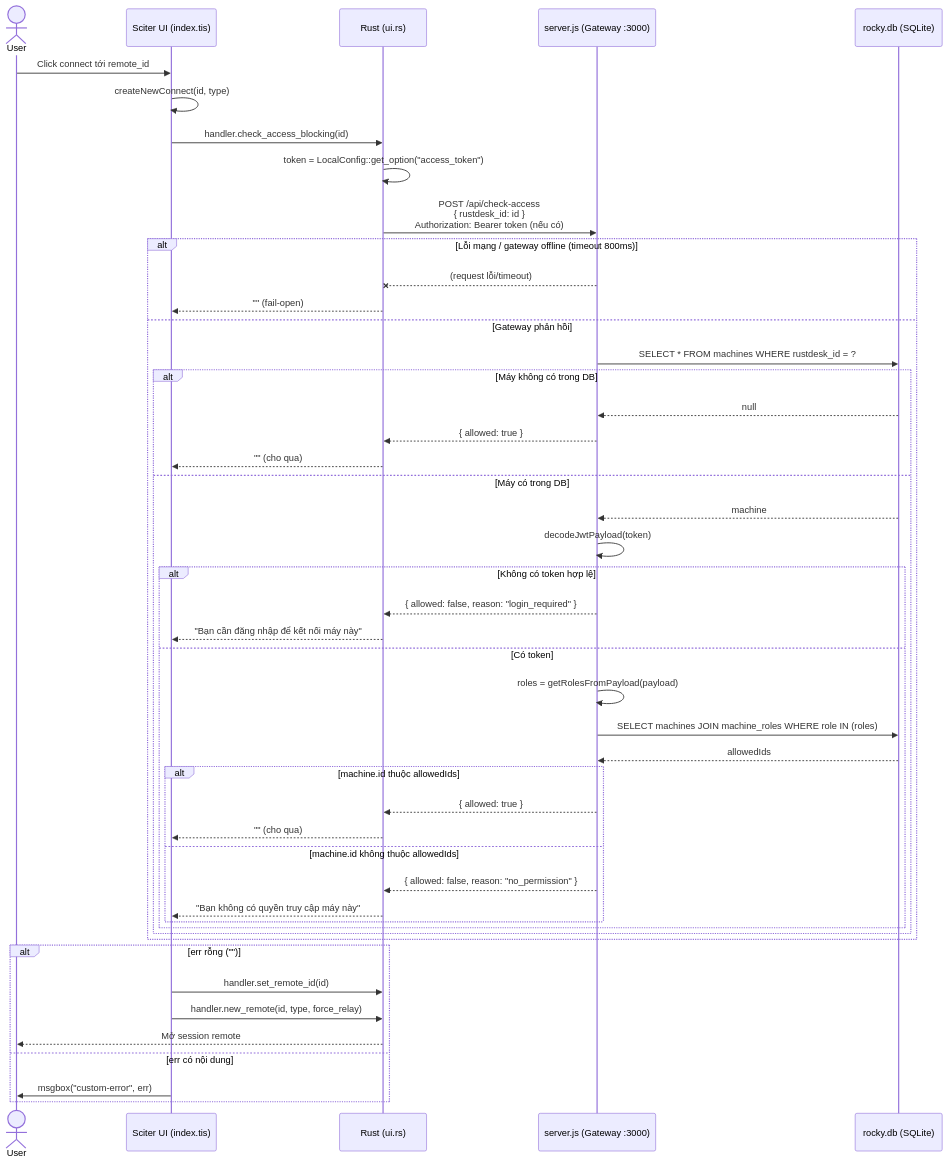
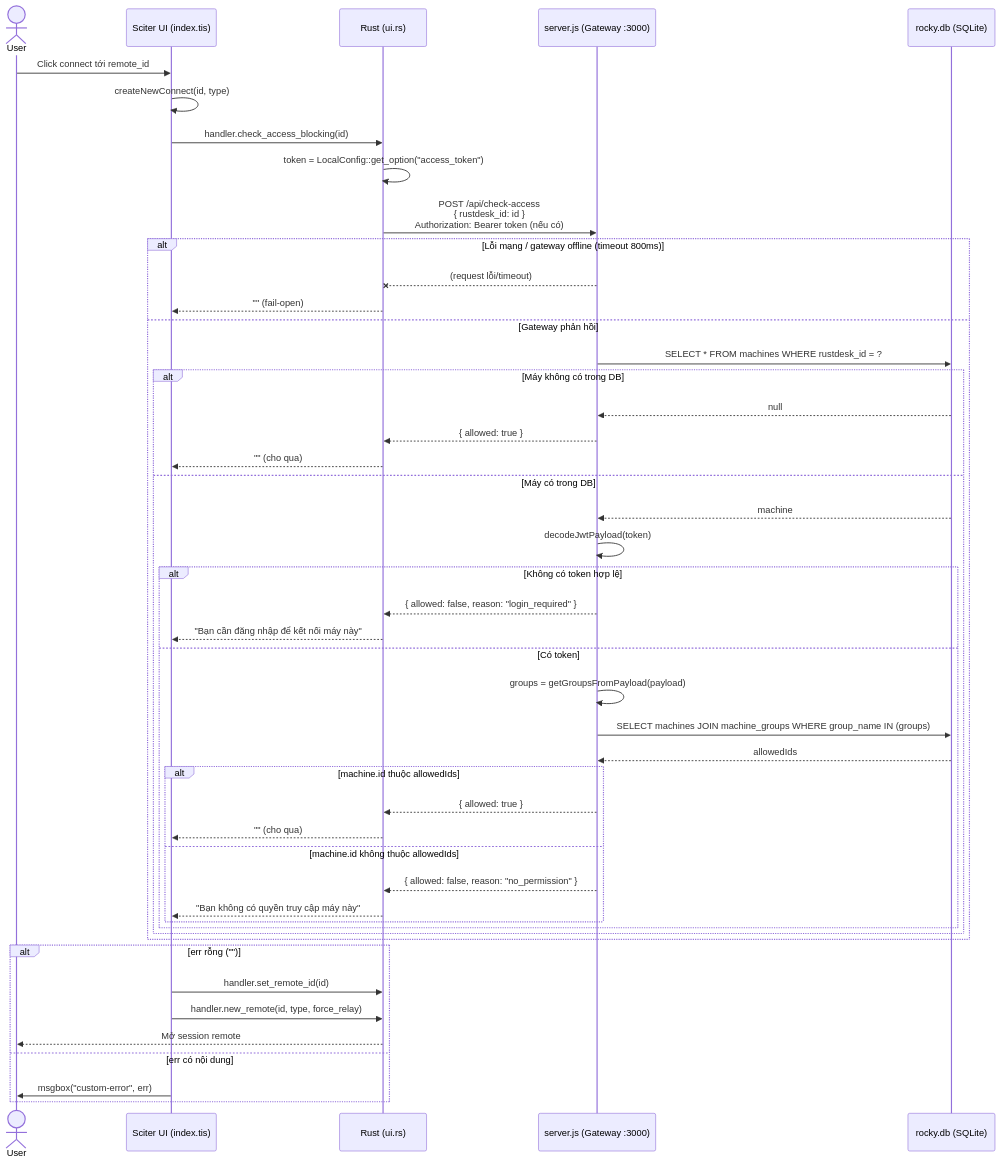
The second of 3 diagrams in docs/address-book.md (phanhnd/rustdesk-datn), drawn with Mermaid before and after one commit. The commit also changed other lines of this file and 13 other files, not shown here.

````diff
--- a/docs/address-book.md
+++ b/docs/address-book.md
@@ -90,53 +90,53 @@
 ```mermaid
 sequenceDiagram
     actor User
     participant TIS as Sciter UI (index.tis)
     participant Rust as Rust (ui.rs)
     participant GW as server.js (Gateway :3000)
     participant DB as rocky.db (SQLite)
 
     User->>TIS: Click connect tới remote_id
     TIS->>TIS: createNewConnect(id, type)
     TIS->>Rust: handler.check_access_blocking(id)
 
     Rust->>Rust: token = LocalConfig::get_option("access_token")
     Rust->>GW: POST /api/check-access<br/>{ rustdesk_id: id }<br/>Authorization: Bearer token (nếu có)
 
     alt Lỗi mạng / gateway offline (timeout 800ms)
         GW--xRust: (request lỗi/timeout)
         Rust-->>TIS: "" (fail-open)
     else Gateway phản hồi
         GW->>DB: SELECT * FROM machines WHERE rustdesk_id = ?
         alt Máy không có trong DB
             DB-->>GW: null
             GW-->>Rust: { allowed: true }
             Rust-->>TIS: "" (cho qua)
         else Máy có trong DB
             DB-->>GW: machine
             GW->>GW: decodeJwtPayload(token)
             alt Không có token hợp lệ
                 GW-->>Rust: { allowed: false, reason: "login_required" }
                 Rust-->>TIS: "Bạn cần đăng nhập để kết nối máy này"
             else Có token
-                GW->>GW: roles = getRolesFromPayload(payload)
-                GW->>DB: SELECT machines JOIN machine_roles WHERE role IN (roles)
+                GW->>GW: groups = getGroupsFromPayload(payload)
+                GW->>DB: SELECT machines JOIN machine_groups WHERE group_name IN (groups)
                 DB-->>GW: allowedIds
                 alt machine.id thuộc allowedIds
                     GW-->>Rust: { allowed: true }
                     Rust-->>TIS: "" (cho qua)
                 else machine.id không thuộc allowedIds
                     GW-->>Rust: { allowed: false, reason: "no_permission" }
                     Rust-->>TIS: "Bạn không có quyền truy cập máy này"
                 end
             end
         end
     end
 
     alt err rỗng ("")
         TIS->>Rust: handler.set_remote_id(id)
         TIS->>Rust: handler.new_remote(id, type, force_relay)
         Rust-->>User: Mở session remote
     else err có nội dung
         TIS->>User: msgbox("custom-error", err)
     end
 ```
````
